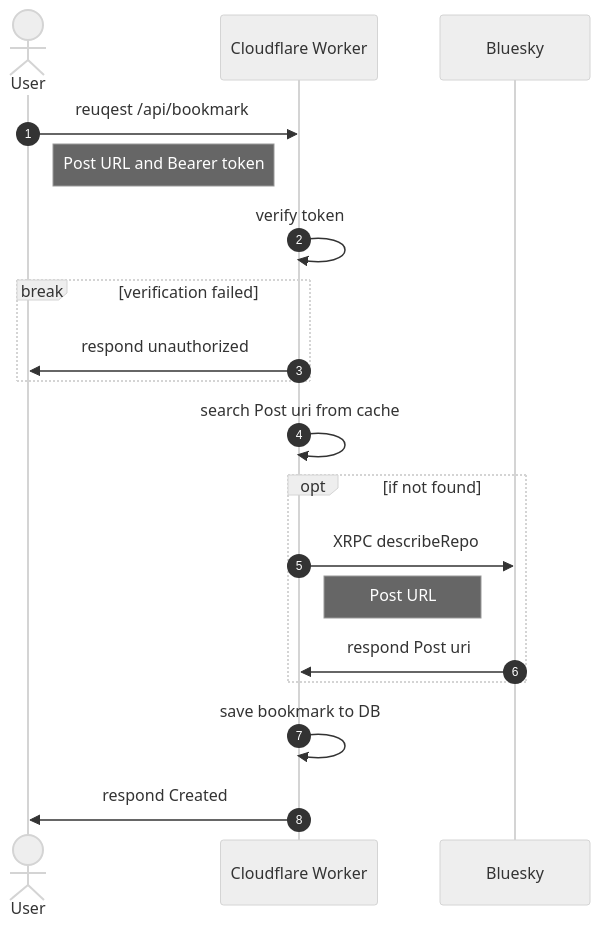
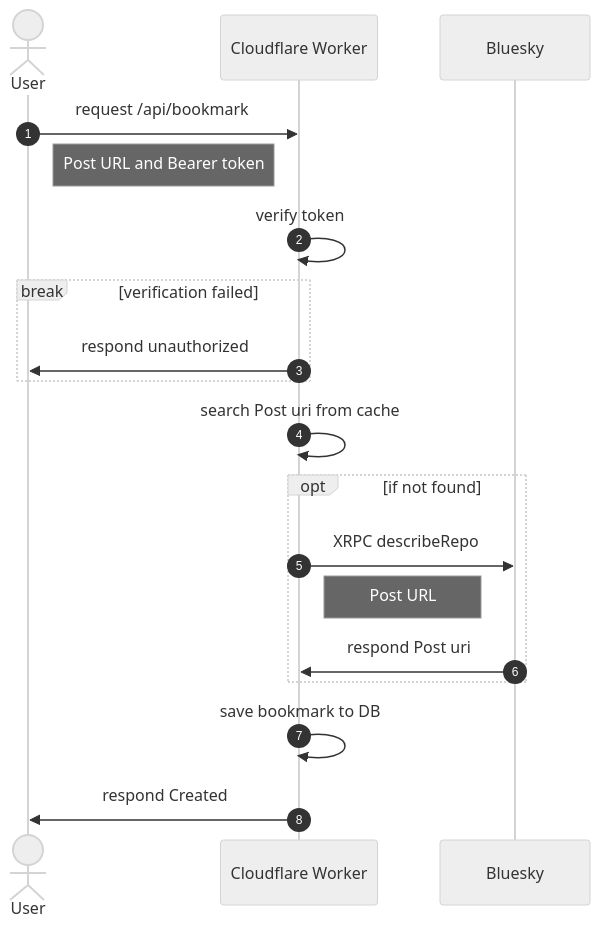
One commit to mzyy94/bluebookmark changed the second of 4 diagrams in README.md. Above: the diagram before and after it, drawn with Mermaid (neutral theme). The commit also changed other lines of this file, not shown here.

Commit message:
Update diagram

````diff
--- a/README.md
+++ b/README.md
@@ -199,21 +199,21 @@
 ```mermaid
 sequenceDiagram
     autonumber
     actor User
     participant Cloudflare as Cloudflare Worker
     participant Bluesky
-    User->>Cloudflare: reuqest /api/bookmark
+    User->>Cloudflare: request /api/bookmark
     Note left of Cloudflare: Post URL and Bearer token
     Cloudflare->>Cloudflare: verify token
     break verification failed
         Cloudflare->>User: respond unauthorized
     end
     Cloudflare->>Cloudflare: search Post uri from cache
     opt if not found
         Cloudflare->>Bluesky: XRPC describeRepo
         Note right of Cloudflare: Post URL
         Bluesky->>Cloudflare: respond Post uri
     end
     Cloudflare->>Cloudflare: save bookmark to DB
     Cloudflare->>User: respond Created
 ```
````
